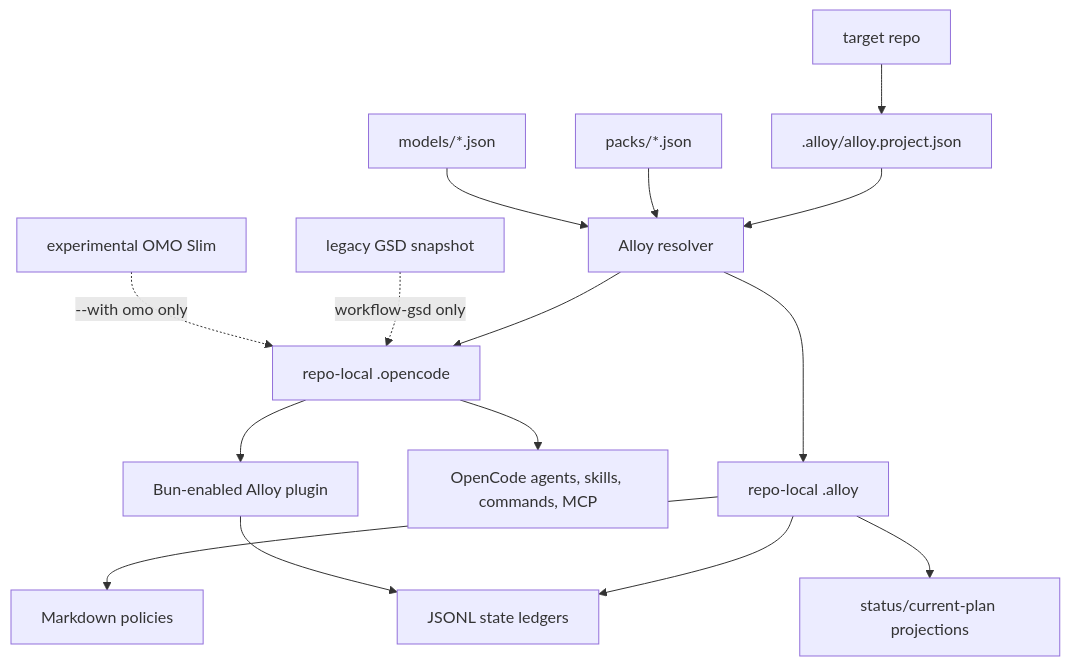
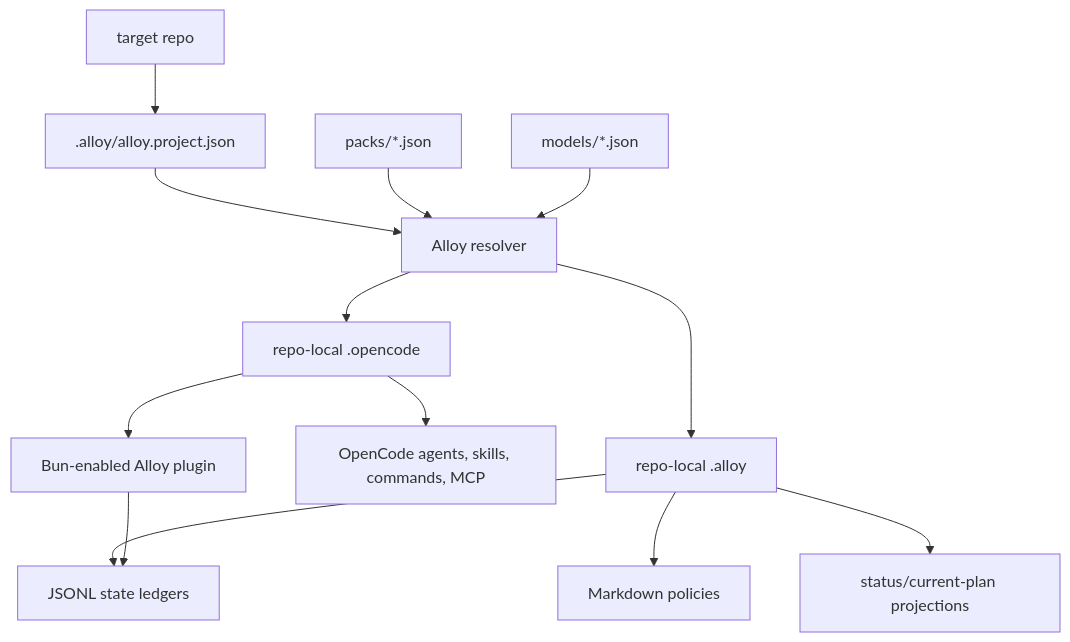
The diagram in README.md (lifeodyssey/alloy), drawn with Mermaid before and after one commit. The commit also changed other lines of this file and 776 other files, not shown here.

Commit message:
Remove GSD and OMO runtime paths

````diff
--- a/README.md
+++ b/README.md
@@ -53,17 +52,15 @@
 ```mermaid
 flowchart TD
   A["target repo"] --> B[".alloy/alloy.project.json"]
   B --> C["Alloy resolver"]
   D["packs/*.json"] --> C
   E["models/*.json"] --> C
   C --> F["repo-local .opencode"]
   C --> G["repo-local .alloy"]
   F --> H["OpenCode agents, skills, commands, MCP"]
   F --> I["Bun-enabled Alloy plugin"]
   G --> J["Markdown policies"]
   G --> K["JSONL state ledgers"]
   G --> L["status/current-plan projections"]
   I --> K
-  M["legacy GSD snapshot"] -. "workflow-gsd only" .-> F
-  N["experimental OMO Slim"] -. "--with omo only" .-> F
 ```
````
